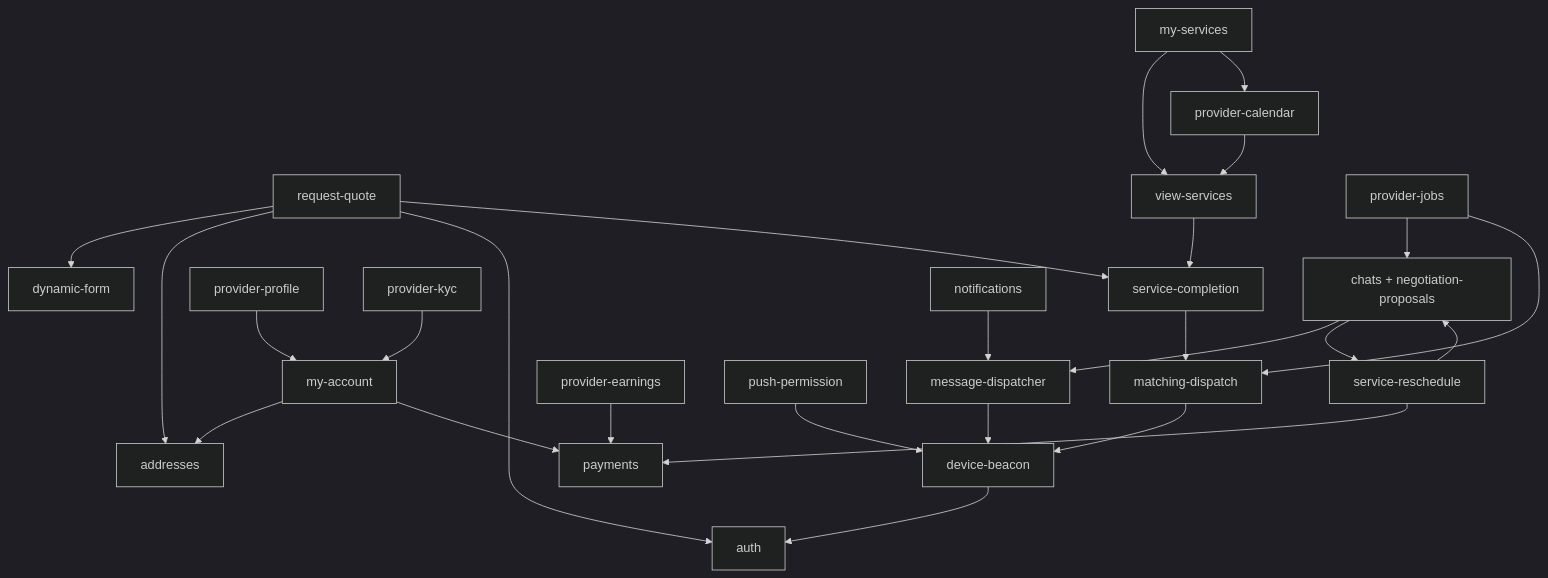
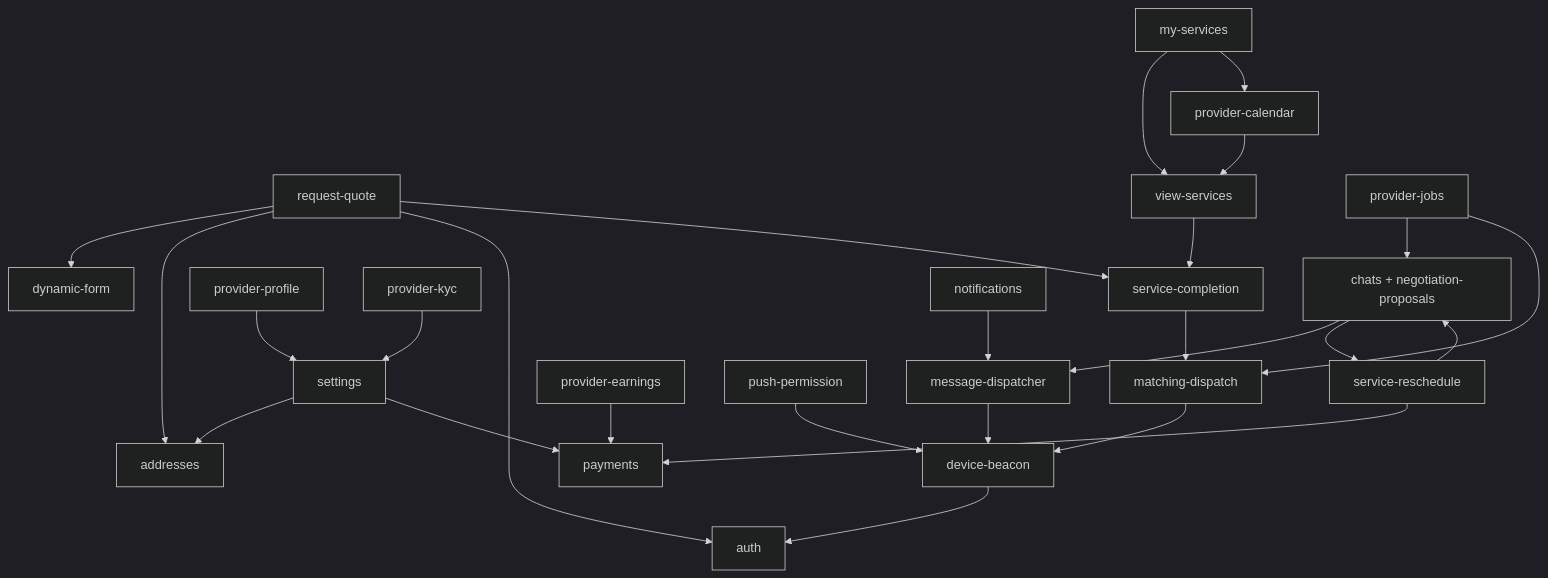
Before and after one commit to higorpo/renovi-orbit-test: the diagram in docs/business/02-mapa-de-modulos-e-features.md, drawn with Mermaid (dark theme). The commit also changed other lines of this file and 195 other files, not shown here.

First line of the commit message:
Refactor account management to settings hub

````diff
--- a/docs/business/02-mapa-de-modulos-e-features.md
+++ b/docs/business/02-mapa-de-modulos-e-features.md
@@ -102,49 +102,49 @@
 ```mermaid
 flowchart TB
   RQ[request-quote]
   DF[dynamic-form]
   AD[addresses]
   AU[auth]
   CM[my-services]
   VS[view-services]
   SC[service-completion]
   PJ[provider-jobs]
   PP[provider-profile]
-  MA[my-account]
+  MA[settings]
   PK[provider-kyc]
   CH[chats + negotiation-proposals]
   SR[service-reschedule]
   MD[message-dispatcher]
   NOTIF[notifications]
   PAY[payments]
   PE[provider-earnings]
   PC[provider-calendar]
   DB[device-beacon]
   PUSH[push-permission]
   MATCH[matching-dispatch]
   RQ --> DF
   RQ --> AD
   RQ --> AU
   RQ --> SC
   SC --> MATCH
   CM --> VS
   CM --> PC
   PC --> VS
   VS --> SC
   MA --> AD
   PP --> MA
   PJ --> CH
   PJ --> MATCH
   MATCH --> DB
   CH --> MD
   CH --> SR
   SR --> CH
   SR --> PAY
   PK --> MA
   PE --> PAY
   MA --> PAY
   NOTIF --> MD
   PUSH --> DB
   DB --> AU
   MD --> DB
 ```
````
